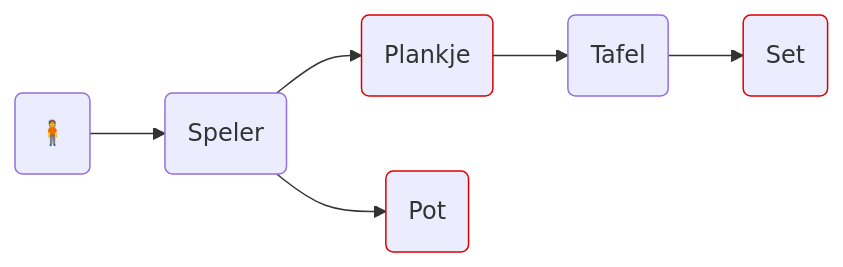
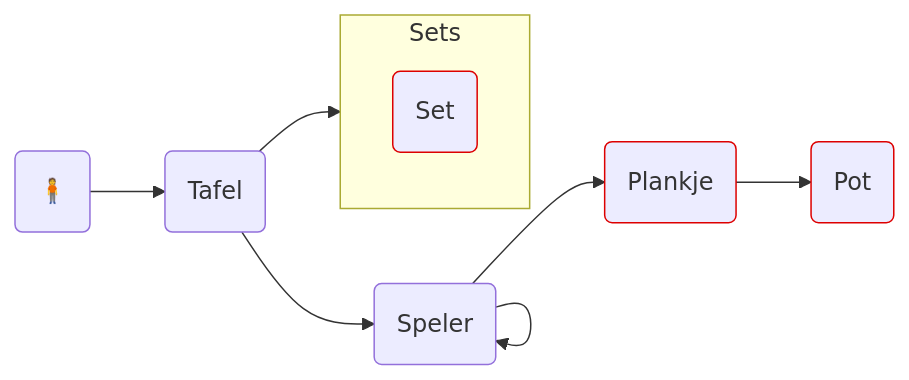
Before and after one commit to psvansluis/rummikub: the first of 2 diagrams in overzichtObjecten.md, drawn with Mermaid. The commit also changed other lines of this file, not shown here.

````diff
--- a/overzichtObjecten.md
+++ b/overzichtObjecten.md
@@ -9,19 +9,22 @@
 ```mermaid
 flowchart LR
 
 AGENT("🧍")
+TAFEL("Tafel")
 SPELER("Speler")
 PLANKJE("Plankje"):::heeftStenen
-TAFEL("Tafel")
 POT("Pot"):::heeftStenen
+subgraph Sets
 SET1("Set"):::heeftStenen
+end
 
-AGENT-->SPELER
+AGENT-->TAFEL
+TAFEL-->SPELER
 SPELER-->PLANKJE
-SPELER-->POT
-PLANKJE-->TAFEL
-TAFEL-->SET1
+PLANKJE-->POT
+SPELER-->SPELER
+TAFEL-->Sets
+
 
 classDef heeftStenen stroke:#d00
-
 ```
````
